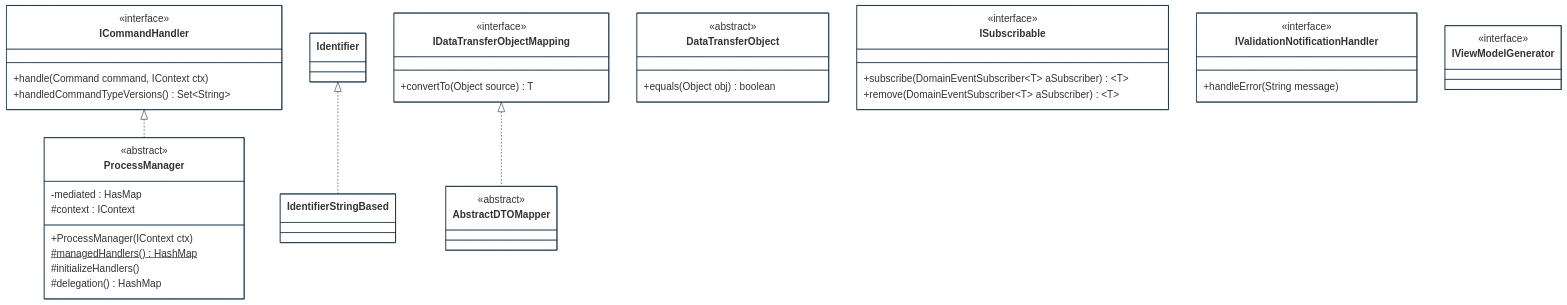
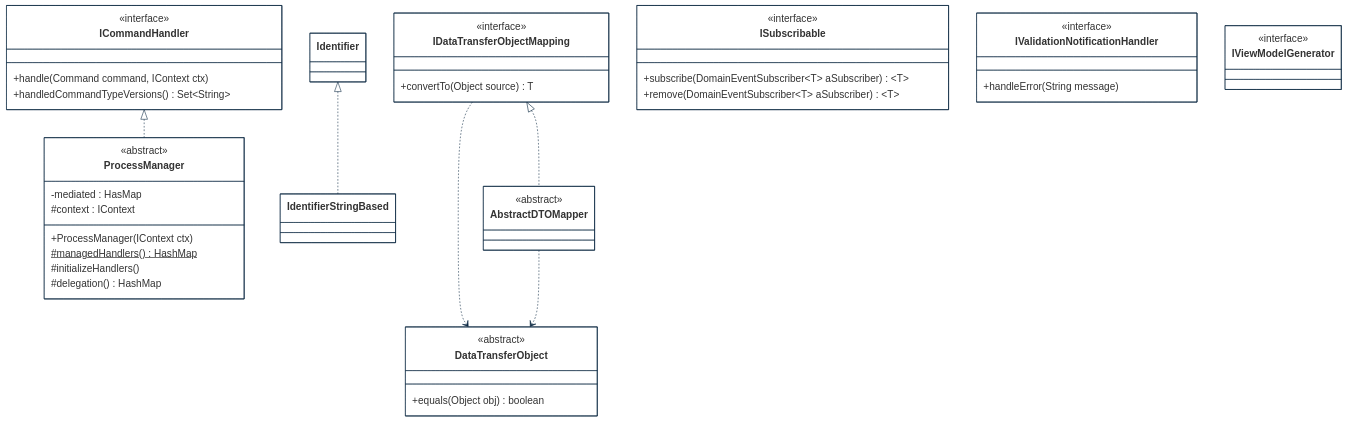
One commit to cybnity/foundation changed the second of 3 diagrams in implementations-line/framework/domain/designview-structure-models.md. Above: the diagram before and after it, drawn with Mermaid.

````diff
--- a/implementations-line/framework/domain/designview-structure-models.md
+++ b/implementations-line/framework/domain/designview-structure-models.md
@@ -161,62 +161,64 @@
 ```mermaid
 %%{
   init: {
     'theme': 'base',
     'themeVariables': {
         'background': '#ffffff',
         'fontFamily': 'arial',
         'fontSize': '18px',
         'primaryColor': '#fff',
         'primaryBorderColor': '#0e2a43',
         'secondaryBorderColor': '#0e2a43',
         'tertiaryBorderColor': '#0e2a43',
         'edgeLabelBackground':'#0e2a43',
         'lineColor': '#0e2a43',
         'tertiaryColor': '#fff'
     }
   }
 }%%
 classDiagram
     ICommandHandler <|.. ProcessManager
     Identifier <|.. IdentifierStringBased
     IDataTransferObjectMapping <|.. AbstractDTOMapper
+    IDataTransferObjectMapping ..> DataTransferObject
+    AbstractDTOMapper ..> DataTransferObject
     
     class ICommandHandler {
         <<interface>>
         +handle(Command command, IContext ctx)
         +handledCommandTypeVersions() Set~String~
     }
     class DataTransferObject {
         <<abstract>>
         +equals(Object obj) boolean
     }
     class ProcessManager {
         <<abstract>>
         -mediated : HasMap
         #context : IContext
         +ProcessManager(IContext ctx)
         #managedHandlers()$ HashMap
         #initializeHandlers()
         #delegation() HashMap
     }
     class ISubscribable {
         <<interface>>
         +subscribe(DomainEventSubscriber~T~ aSubscriber) ~T~
         +remove(DomainEventSubscriber~T~ aSubscriber) ~T~
     }
     class IValidationNotificationHandler {
         <<interface>>
         +handleError(String message)
     }
     class IViewModelGenerator {
         <<interface>>
     }
     class IDataTransferObjectMapping {
         <<interface>>
         +convertTo(Object source) T
     }
     class AbstractDTOMapper {
         <<abstract>>
     }
 
 ```
````
